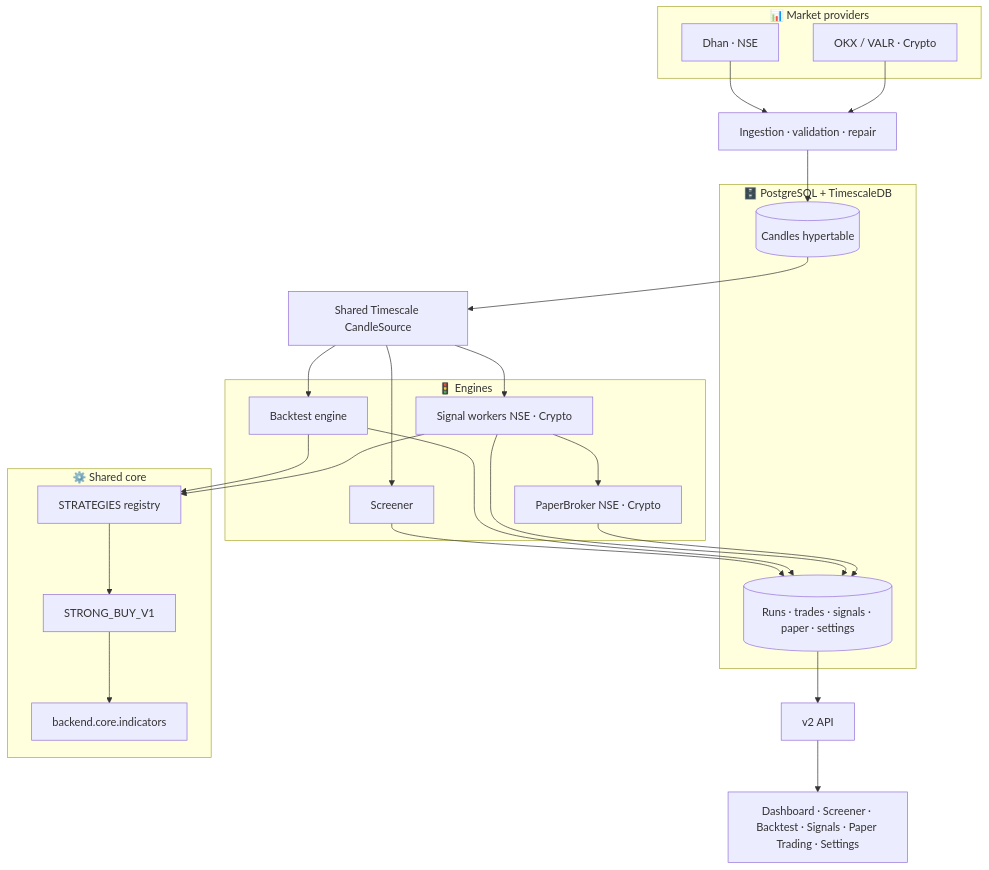
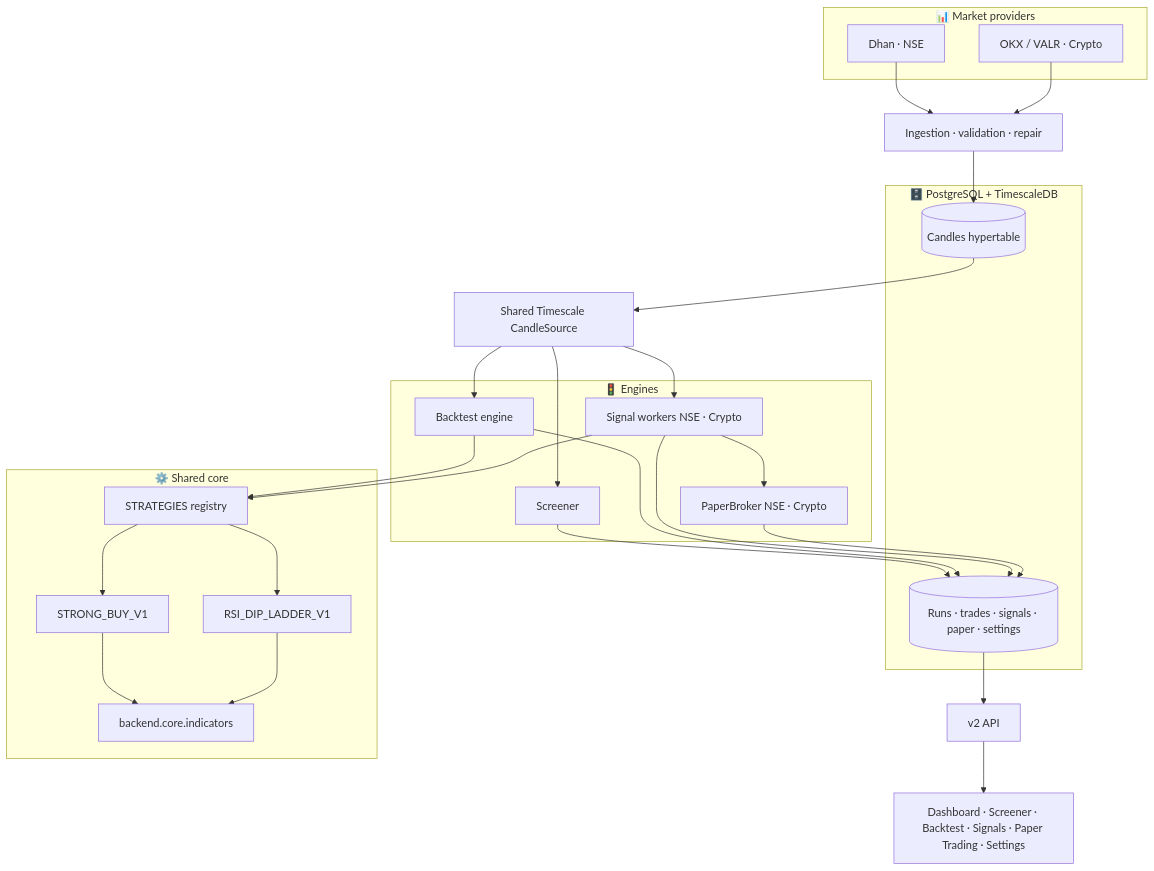
One commit to ven2day/opendelta-nse changed the diagram in README.md. Above: the diagram before and after it, drawn with Mermaid. The commit also changed other lines of this file and 12 other files, not shown here.

Commit message:
Add RSI dip ladder strategy

````diff
--- a/README.md
+++ b/README.md
@@ -40,41 +41,44 @@
 ```mermaid
 graph TB
     subgraph Providers["📊 Market providers"]
         DH[Dhan · NSE]
         CX[OKX / VALR · Crypto]
     end
     ING[Ingestion · validation · repair]
     subgraph Store["🗄️ PostgreSQL + TimescaleDB"]
         TS[(Candles hypertable)]
         DB[(Runs · trades · signals · paper · settings)]
     end
     SRC[Shared Timescale CandleSource]
     subgraph Core["⚙️ Shared core"]
         IND[backend.core.indicators]
         REG[STRATEGIES registry]
         SB[STRONG_BUY_V1]
+        DL[RSI_DIP_LADDER_V1]
         REG --> SB
+        REG --> DL
         SB --> IND
+        DL --> IND
     end
     subgraph Engines["🚦 Engines"]
         SCR[Screener]
         BT[Backtest engine]
         SIG[Signal workers NSE · Crypto]
         PB[PaperBroker NSE · Crypto]
     end
     DH --> ING
     CX --> ING
     ING --> TS
     TS --> SRC
     SRC --> SCR
     SRC --> BT
     SRC --> SIG
     SCR --> DB
     BT --> REG
     SIG --> REG
     BT --> DB
     SIG --> DB
     SIG --> PB --> DB
     DB --> API["v2 API"]
     API --> UI["Dashboard · Screener · Backtest · Signals · Paper Trading · Settings"]
 ```
````
